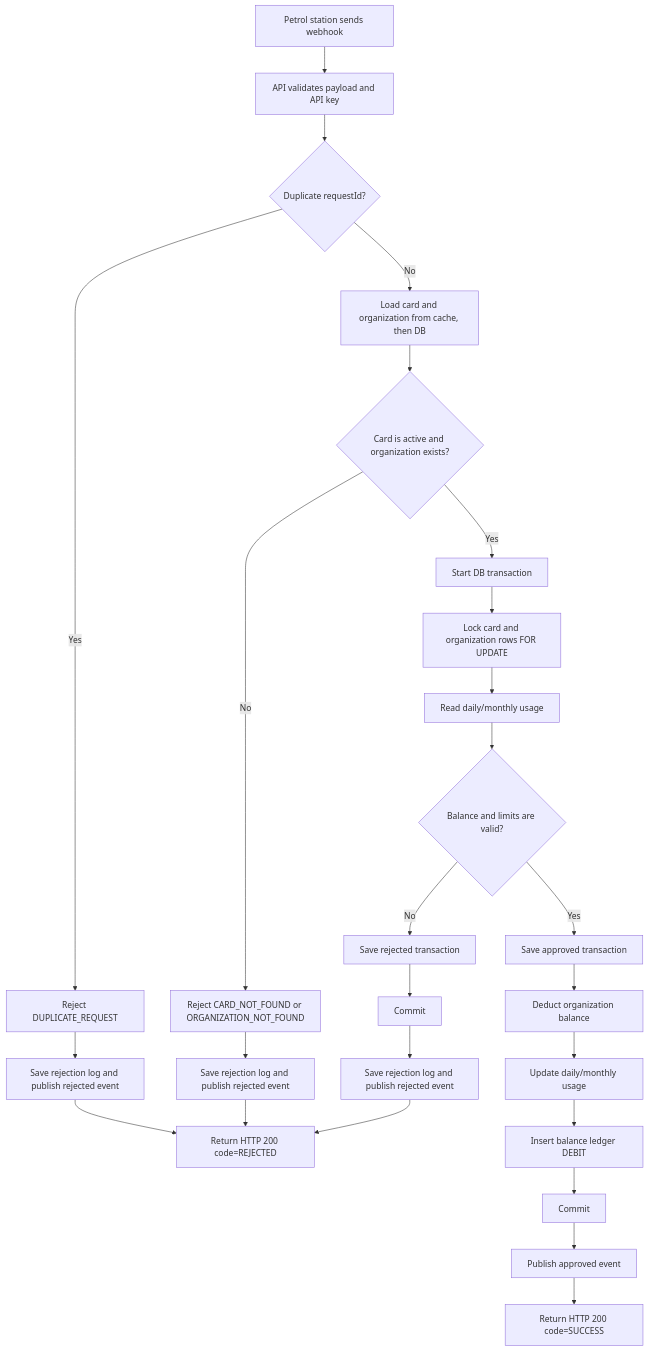
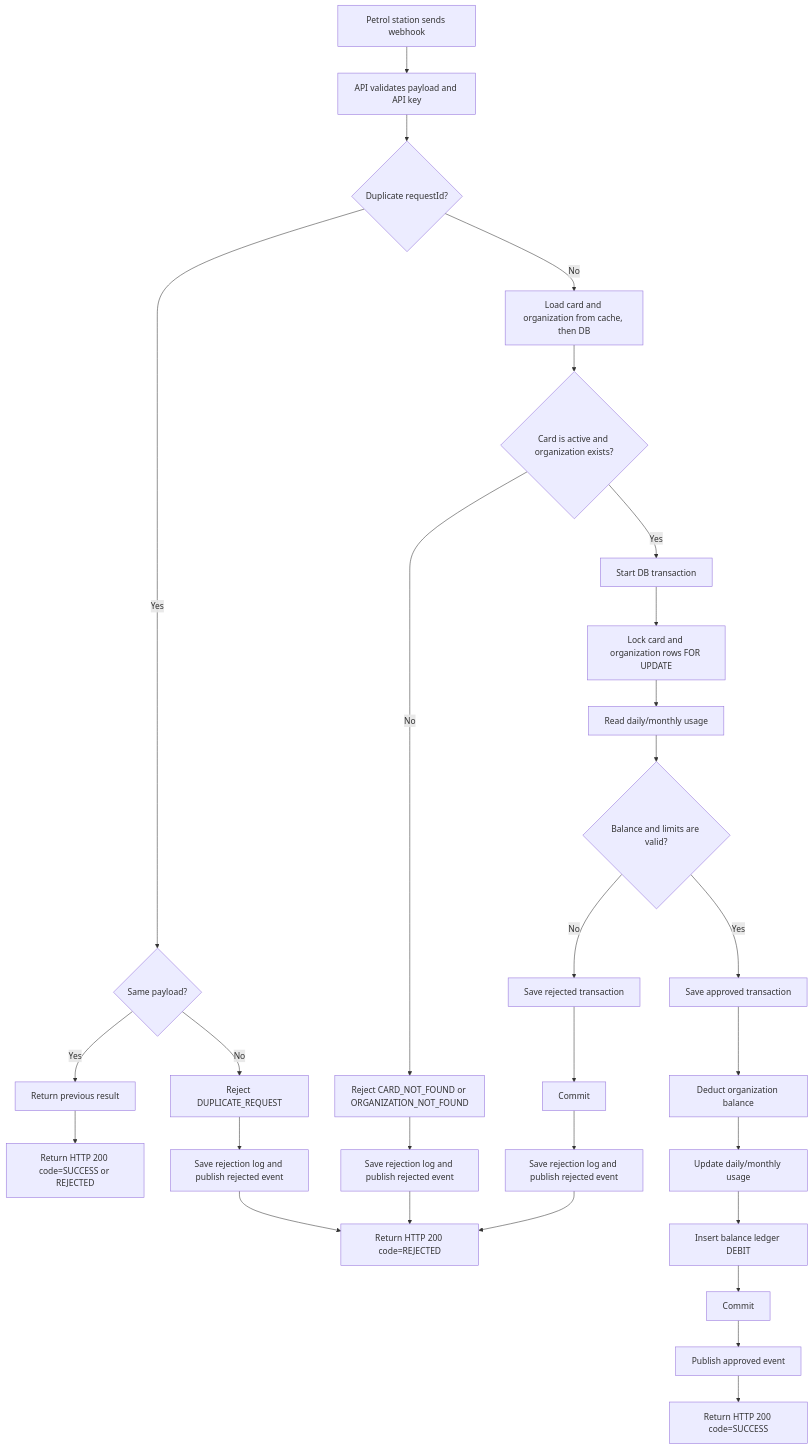
Before and after one commit to radyatamaa/myfuel-transaction-processor: the first of 3 diagrams in docs/system-design.md, drawn with Mermaid. The commit also changed other lines of this file and 1 other file, not shown here.

````diff
--- a/docs/system-design.md
+++ b/docs/system-design.md
@@ -10,34 +10,37 @@
 ```mermaid
 flowchart TD
   A[Petrol station sends webhook] --> B[API validates payload and API key]
   B --> C{Duplicate requestId?}
 
-  C -- Yes --> C1[Reject DUPLICATE_REQUEST]
-  C1 --> C2[Save rejection log and publish rejected event]
-  C2 --> Z1[Return HTTP 200 code=REJECTED]
+  C -- Yes --> C1{Same payload?}
+  C1 -- Yes --> C2[Return previous result]
+  C2 --> Z0[Return HTTP 200 code=SUCCESS or REJECTED]
+  C1 -- No --> C3[Reject DUPLICATE_REQUEST]
+  C3 --> C4[Save rejection log and publish rejected event]
+  C4 --> Z1[Return HTTP 200 code=REJECTED]
 
   C -- No --> D[Load card and organization from cache, then DB]
   D --> E{Card is active and organization exists?}
 
   E -- No --> E1[Reject CARD_NOT_FOUND or ORGANIZATION_NOT_FOUND]
   E1 --> E2[Save rejection log and publish rejected event]
   E2 --> Z1
 
   E -- Yes --> F[Start DB transaction]
   F --> G[Lock card and organization rows FOR UPDATE]
   G --> H[Read daily/monthly usage]
   H --> I{Balance and limits are valid?}
 
   I -- No --> I1[Save rejected transaction]
   I1 --> I2[Commit]
   I2 --> I3[Save rejection log and publish rejected event]
   I3 --> Z1
 
   I -- Yes --> J[Save approved transaction]
   J --> K[Deduct organization balance]
   K --> L[Update daily/monthly usage]
   L --> M[Insert balance ledger DEBIT]
   M --> N[Commit]
   N --> O[Publish approved event]
   O --> Z2[Return HTTP 200 code=SUCCESS]
 ```
````
